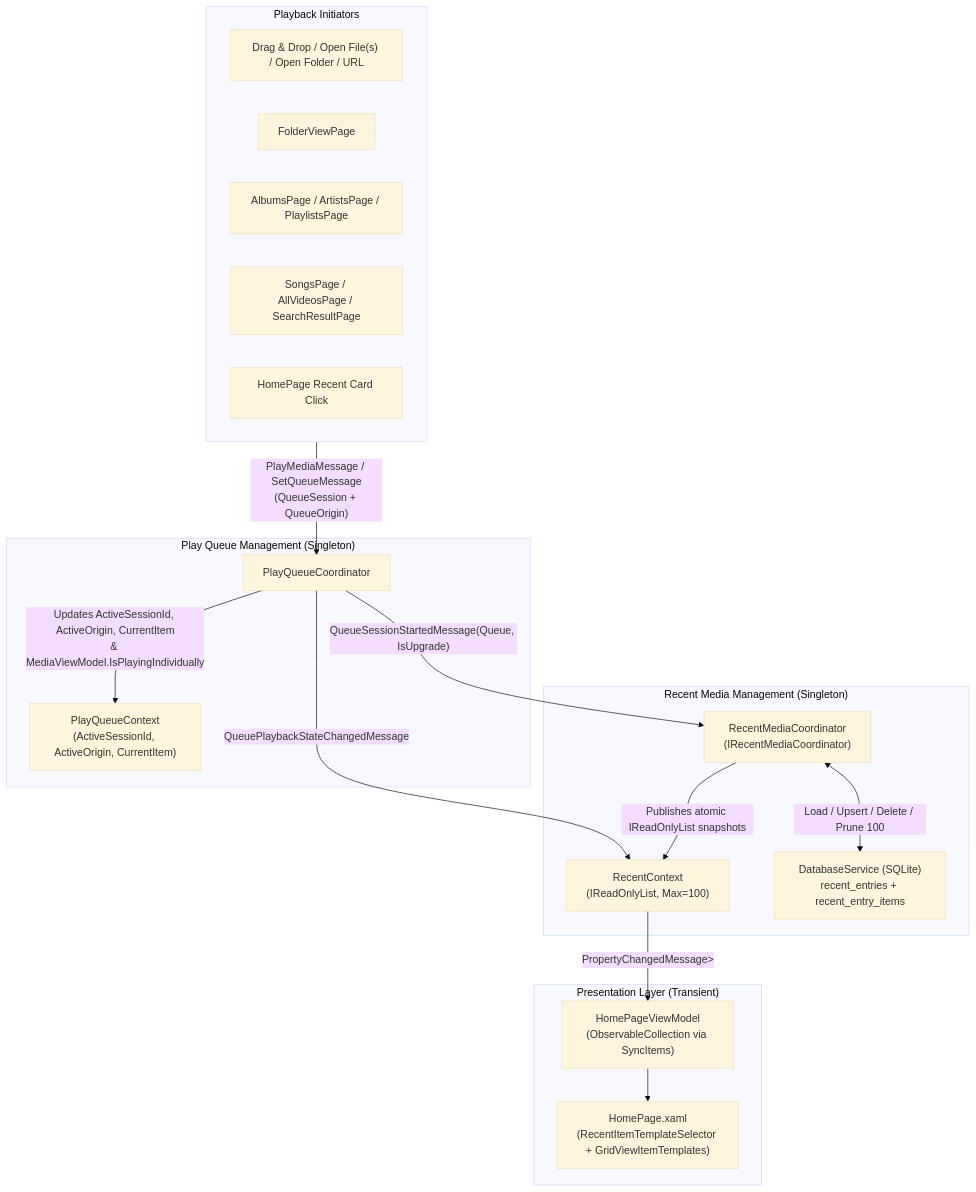
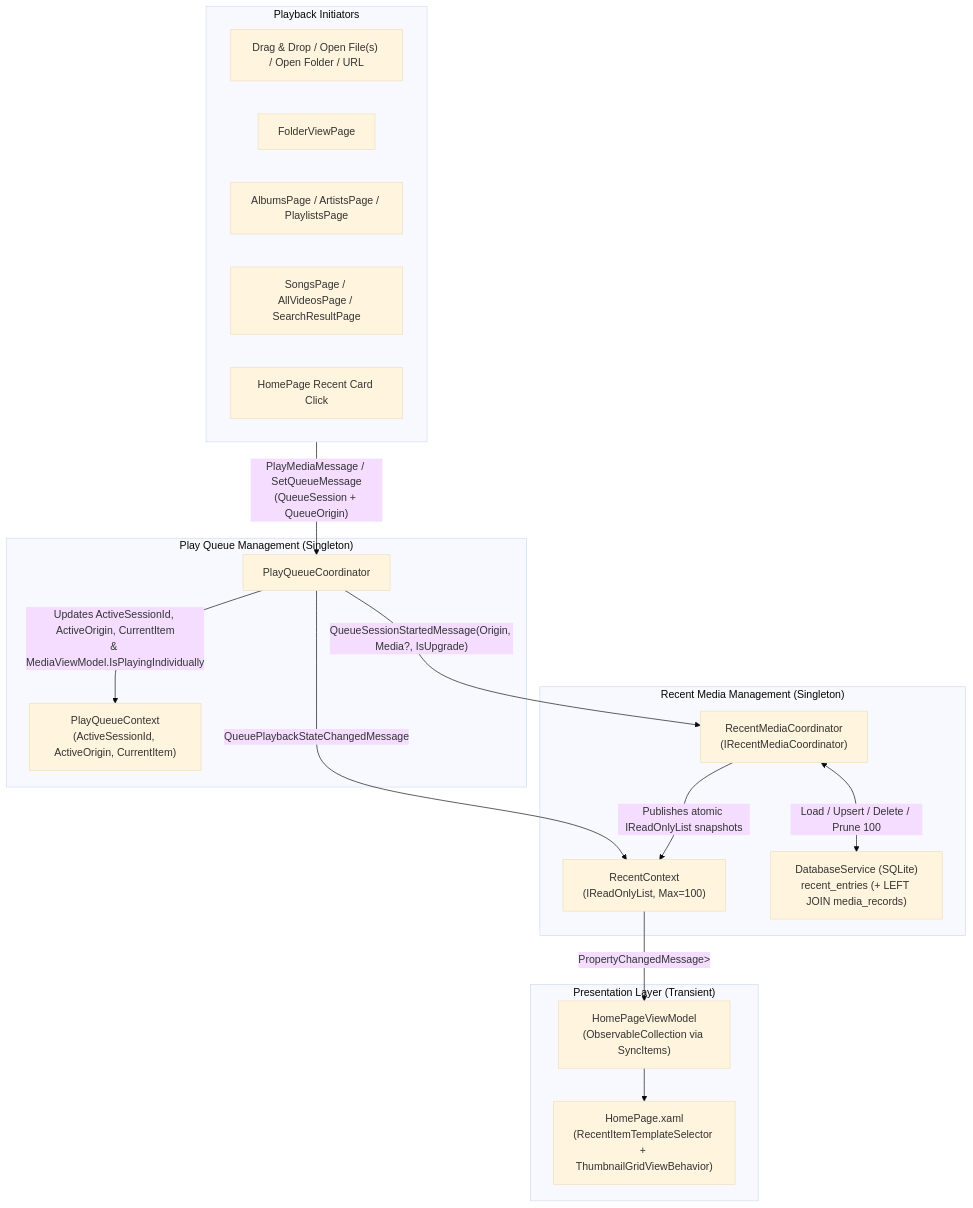
One commit to huynhsontung/Screenbox changed the diagram in docs/RECENT_MEDIA_TRACKING.md. Above: the diagram before and after it, drawn with Mermaid (base theme). The commit also changed other lines of this file and 20 other files, not shown here.

Commit message:
refactor(recent): drop recent_entry_items and simplify shortcut tracking

````diff
--- a/docs/RECENT_MEDIA_TRACKING.md
+++ b/docs/RECENT_MEDIA_TRACKING.md
@@ -39,35 +40,35 @@
 ```mermaid
 flowchart TD
     subgraph PlaybackInitiators["Playback Initiators"]
         Drop["Drag & Drop / Open File(s) / Open Folder / URL"]
         FolderView["FolderViewPage"]
         Library["AlbumsPage / ArtistsPage / PlaylistsPage"]
         LibWide["SongsPage / AllVideosPage / SearchResultPage"]
         HomeCard["HomePage Recent Card Click"]
     end
 
     subgraph CoreQueue["Play Queue Management (Singleton)"]
         PQC["PlayQueueCoordinator"]
         PQContext["PlayQueueContext\n(ActiveSessionId, ActiveOrigin, CurrentItem)"]
     end
 
     subgraph RecentManagement["Recent Media Management (Singleton)"]
         RMC["RecentMediaCoordinator\n(IRecentMediaCoordinator)"]
         RContext["RecentContext\n(IReadOnlyList<IRecentItem>, Max=100)"]
-        DB["DatabaseService (SQLite)\nrecent_entries + recent_entry_items"]
+        DB["DatabaseService (SQLite)\nrecent_entries (+ LEFT JOIN media_records)"]
     end
 
     subgraph UI["Presentation Layer (Transient)"]
         HPVM["HomePageViewModel\n(ObservableCollection<IRecentItem> via SyncItems)"]
-        HP["HomePage.xaml\n(RecentItemTemplateSelector + GridViewItemTemplates)"]
+        HP["HomePage.xaml\n(RecentItemTemplateSelector + ThumbnailGridViewBehavior)"]
     end
 
     PlaybackInitiators -->|"PlayMediaMessage / SetQueueMessage\n(QueueSession + QueueOrigin)"| PQC
     PQC -->|"Updates ActiveSessionId, ActiveOrigin, CurrentItem\n& MediaViewModel.IsPlayingIndividually"| PQContext
     PQC -->|"QueuePlaybackStateChangedMessage"| RContext
-    PQC -->|"QueueSessionStartedMessage(Queue, IsUpgrade)"| RMC
+    PQC -->|"QueueSessionStartedMessage(Origin, Media?, IsUpgrade)"| RMC
     RMC <-->|"Load / Upsert / Delete / Prune 100"| DB
     RMC -->|"Publishes atomic IReadOnlyList<IRecentItem> snapshots"| RContext
     RContext -->|"PropertyChangedMessage<IReadOnlyList<IRecentItem>>"| HPVM
     HPVM --> HP
 ```
````
